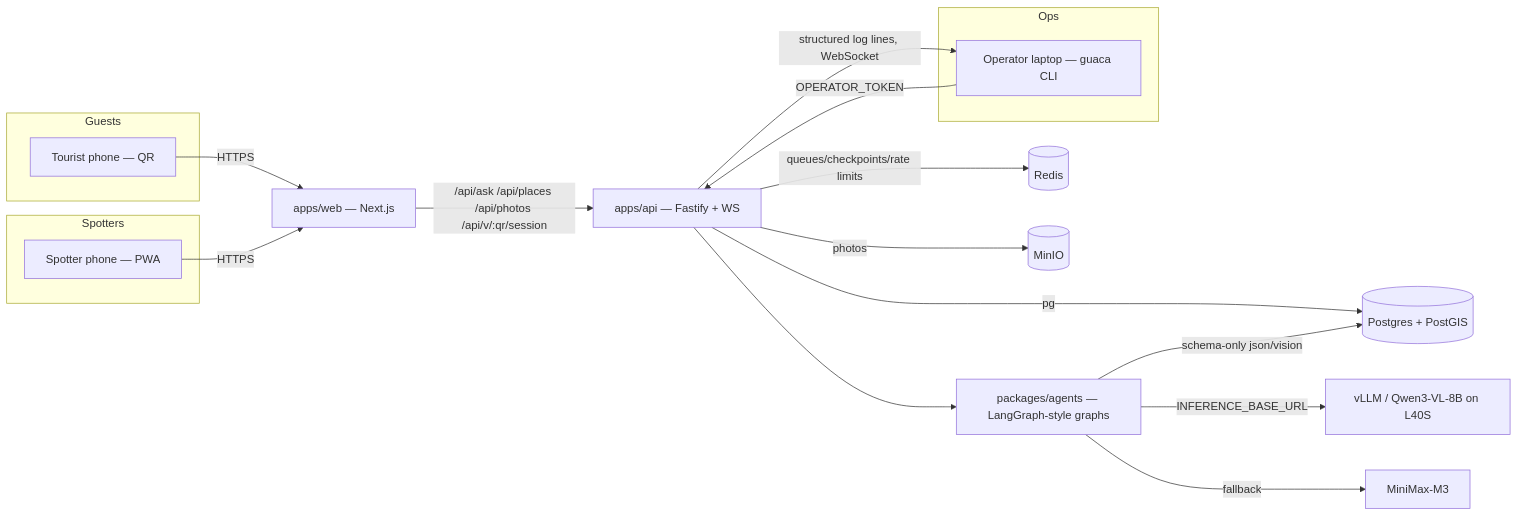
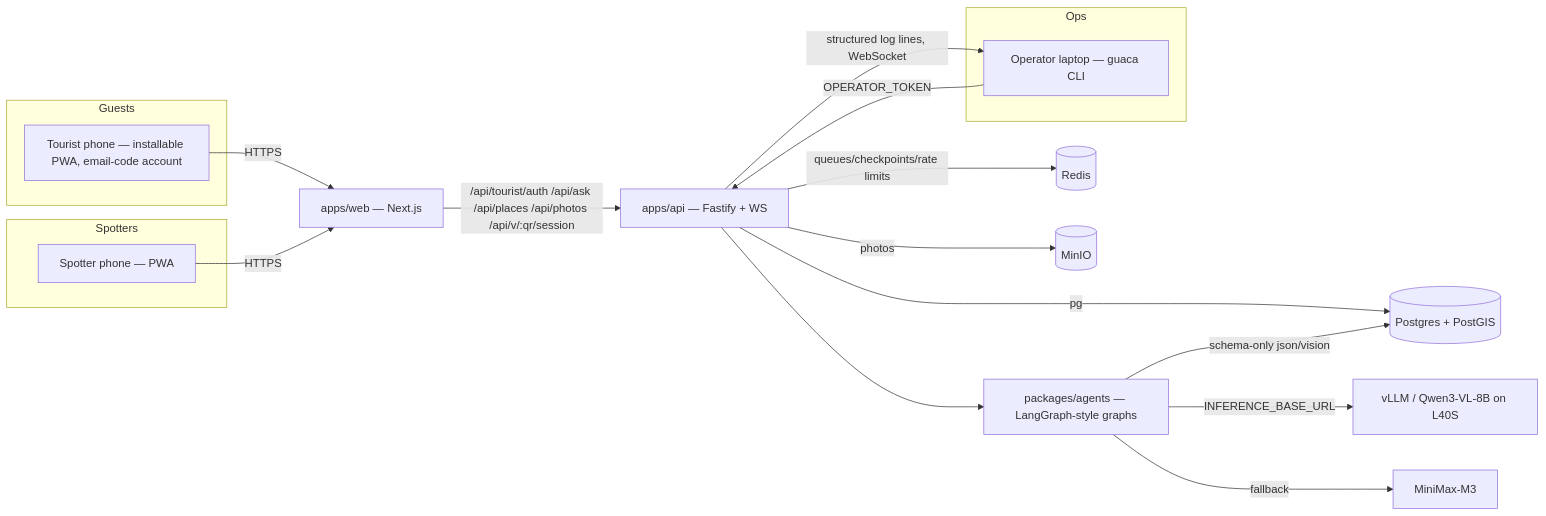
The first of 2 diagrams in docs/ARCHITECTURE.md (guacamap/guaca-app), drawn with Mermaid before and after one commit. The commit also changed other lines of this file and 9 other files, not shown here.

````diff
--- a/docs/ARCHITECTURE.md
+++ b/docs/ARCHITECTURE.md
@@ -5,24 +5,24 @@
 ```mermaid
 flowchart LR
     subgraph Guests
-        T[Tourist phone — QR]
+        T[Tourist phone — installable PWA, email-code account]
     end
     subgraph Spotters
         S[Spotter phone — PWA]
     end
     subgraph Ops
         O[Operator laptop — guaca CLI]
     end
     T -->|HTTPS| W[apps/web — Next.js]
     S -->|HTTPS| W
     O -->|OPERATOR_TOKEN| A[apps/api — Fastify + WS]
-    W -->|/api/ask /api/places /api/photos /api/v/:qr/session| A
+    W -->|/api/tourist/auth /api/ask /api/places /api/photos /api/v/:qr/session| A
     A -->|pg| P[(Postgres + PostGIS)]
     A -->|queues/checkpoints/rate limits| R[(Redis)]
     A -->|photos| M[(MinIO)]
     A --> G[packages/agents — LangGraph-style graphs]
     G -->|INFERENCE_BASE_URL| I[vLLM / Qwen3-VL-8B on L40S]
     G -->|fallback| F[MiniMax-M3]
     G -->|schema-only json/vision| P
     A -->|structured log lines, WebSocket| O
 ```
````
